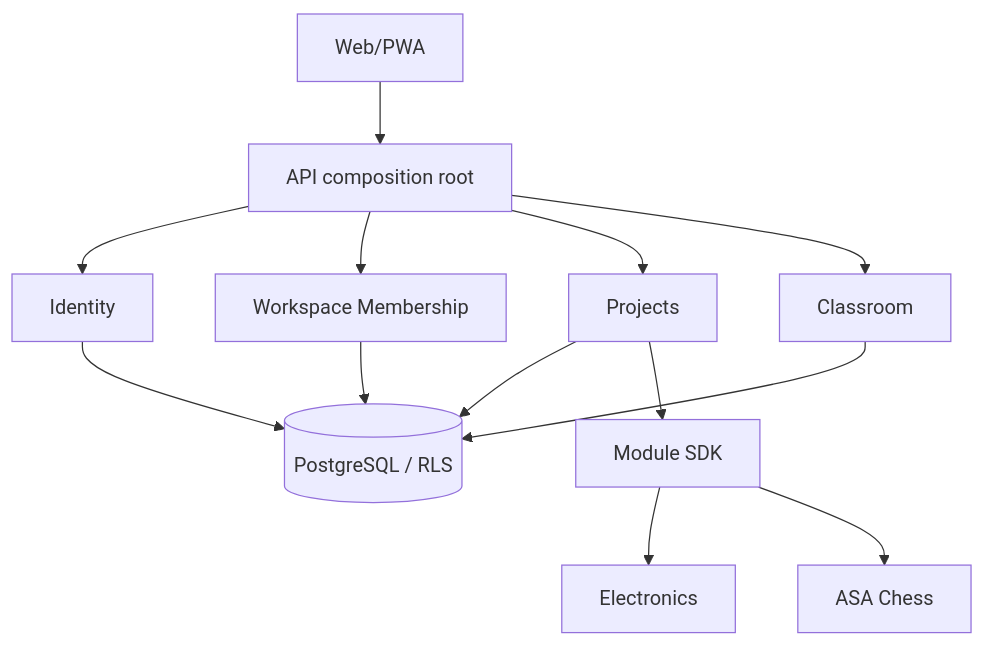
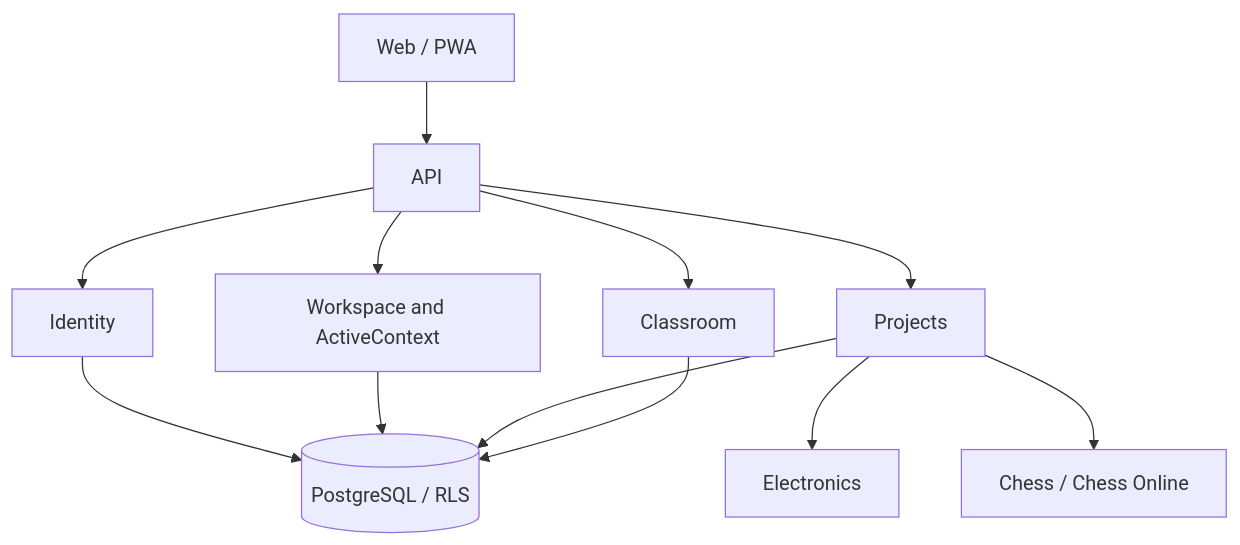
The third of 3 diagrams in docs/project-map/PROJECT_MAP.md (spikeal8-maker/asa-lab), drawn with Mermaid before and after one commit. The commit also changed other lines of this file, not shown here.

Commit message:
docs: render active R2 project map

````diff
--- a/docs/project-map/PROJECT_MAP.md
+++ b/docs/project-map/PROJECT_MAP.md
@@ -86,26 +57,24 @@
 ```mermaid
 flowchart TB
-    WEB[Web/PWA]
-    API[API composition root]
-    ID[Identity]
-    ORG[Workspace Membership]
-    PROJECTS[Projects]
-    CLASSROOM[Classroom]
-    SDK[Module SDK]
-    ELEC[Electronics]
-    CHESS[ASA Chess]
-    PG[(PostgreSQL / RLS)]
+  WEB[Web / PWA]
+  API[API]
+  ID[Identity]
+  ORG[Workspace and ActiveContext]
+  PROJECTS[Projects]
+  CLASS[Classroom]
+  PG[(PostgreSQL / RLS)]
+  ELECTRONICS[Electronics]
+  CHESS[Chess / Chess Online]
 
-    WEB --> API
-    API --> ID
-    API --> ORG
-    API --> PROJECTS
-    API --> CLASSROOM
-    ID --> PG
-    ORG --> PG
-    PROJECTS --> PG
-    CLASSROOM --> PG
-    PROJECTS --> SDK
-    SDK --> ELEC
-    SDK --> CHESS
+  WEB --> API
+  API --> ID
+  API --> ORG
+  API --> PROJECTS
+  API --> CLASS
+  ID --> PG
+  ORG --> PG
+  PROJECTS --> PG
+  CLASS --> PG
+  PROJECTS --> ELECTRONICS
+  PROJECTS --> CHESS
 ```
````
